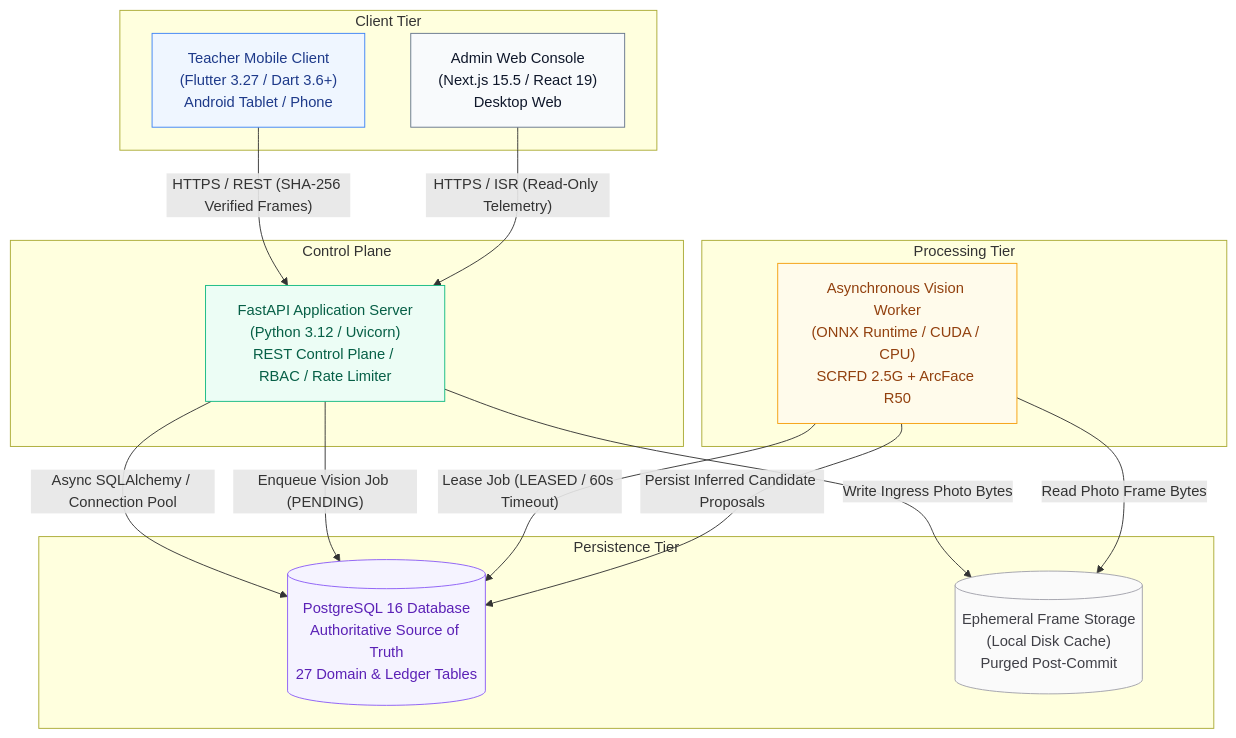
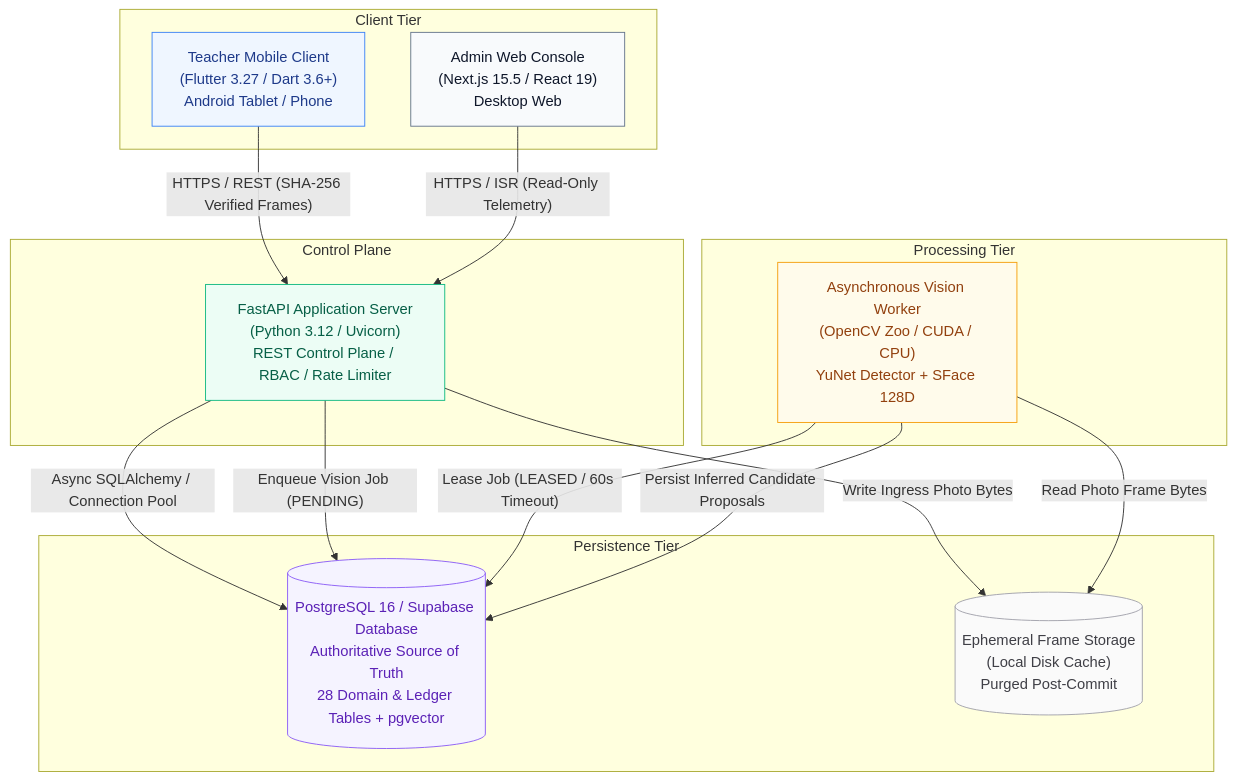
One commit to KatkamKoushik/K-Squared-Face-Recognition-Attendance-System changed the first of 2 diagrams in README.md. Above: the diagram before and after it, drawn with Mermaid. The commit also changed other lines of this file and 33 other files, not shown here.

````diff
--- a/README.md
+++ b/README.md
@@ -60,38 +60,38 @@
 ```mermaid
 flowchart TD
     subgraph Client Tier
         TM["Teacher Mobile Client<br/>(Flutter 3.27 / Dart 3.6+)<br/>Android Tablet / Phone"]
         AC["Admin Web Console<br/>(Next.js 15.5 / React 19)<br/>Desktop Web"]
     end
 
     subgraph Control Plane
         API["FastAPI Application Server<br/>(Python 3.12 / Uvicorn)<br/>REST Control Plane / RBAC / Rate Limiter"]
     end
 
     subgraph Processing Tier
-        VW["Asynchronous Vision Worker<br/>(ONNX Runtime / CUDA / CPU)<br/>SCRFD 2.5G + ArcFace R50"]
+        VW["Asynchronous Vision Worker<br/>(OpenCV Zoo / CUDA / CPU)<br/>YuNet Detector + SFace 128D"]
     end
 
     subgraph Persistence Tier
-        DB[("PostgreSQL 16 Database<br/>Authoritative Source of Truth<br/>27 Domain & Ledger Tables")]
+        DB[("PostgreSQL 16 / Supabase Database<br/>Authoritative Source of Truth<br/>28 Domain & Ledger Tables + pgvector")]
         FS[("Ephemeral Frame Storage<br/>(Local Disk Cache)<br/>Purged Post-Commit")]
     end
 
     TM -->|"HTTPS / REST (SHA-256 Verified Frames)"| API
     AC -->|"HTTPS / ISR (Read-Only Telemetry)"| API
 
     API -->|"Async SQLAlchemy / Connection Pool"| DB
     API -->|"Write Ingress Photo Bytes"| FS
     API -->|"Enqueue Vision Job (PENDING)"| DB
 
     VW -->|"Lease Job (LEASED / 60s Timeout)"| DB
     VW -->|"Read Photo Frame Bytes"| FS
     VW -->|"Persist Inferred Candidate Proposals"| DB
 
     style TM fill:#eff6ff,stroke:#3b82f6,color:#1e3a8a
     style AC fill:#f8fafc,stroke:#64748b,color:#0f172a
     style API fill:#ecfdf5,stroke:#10b981,color:#065f46
     style VW fill:#fffbeb,stroke:#f59e0b,color:#92400e
     style DB fill:#f5f3ff,stroke:#8b5cf6,color:#5b21b6
     style FS fill:#fafafa,stroke:#a1a1aa,color:#3f3f46
 ```
````
